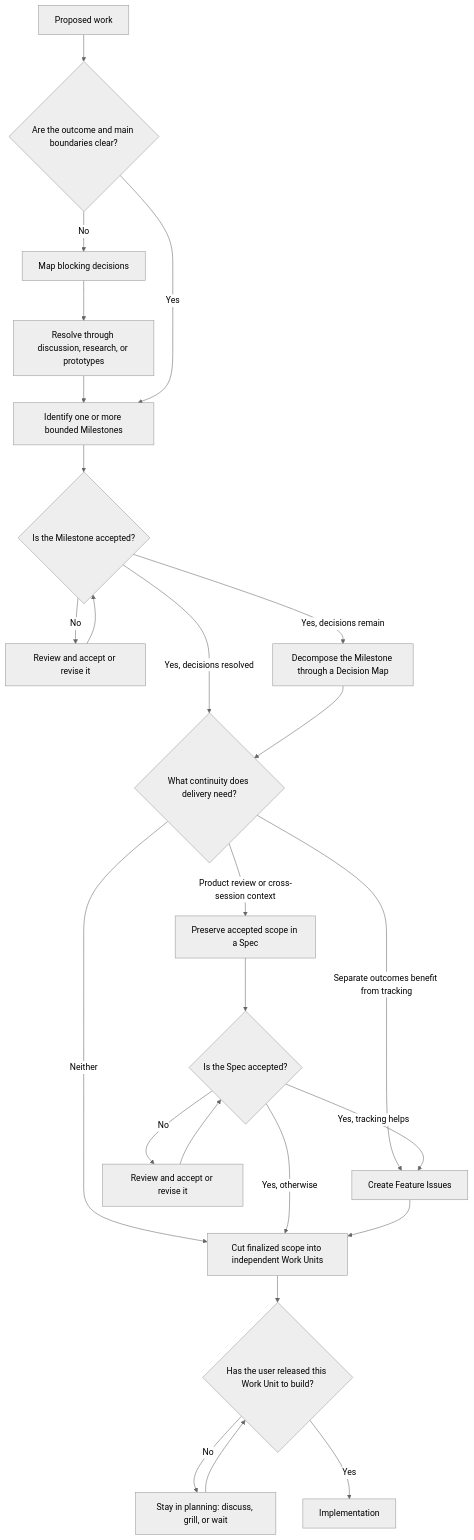
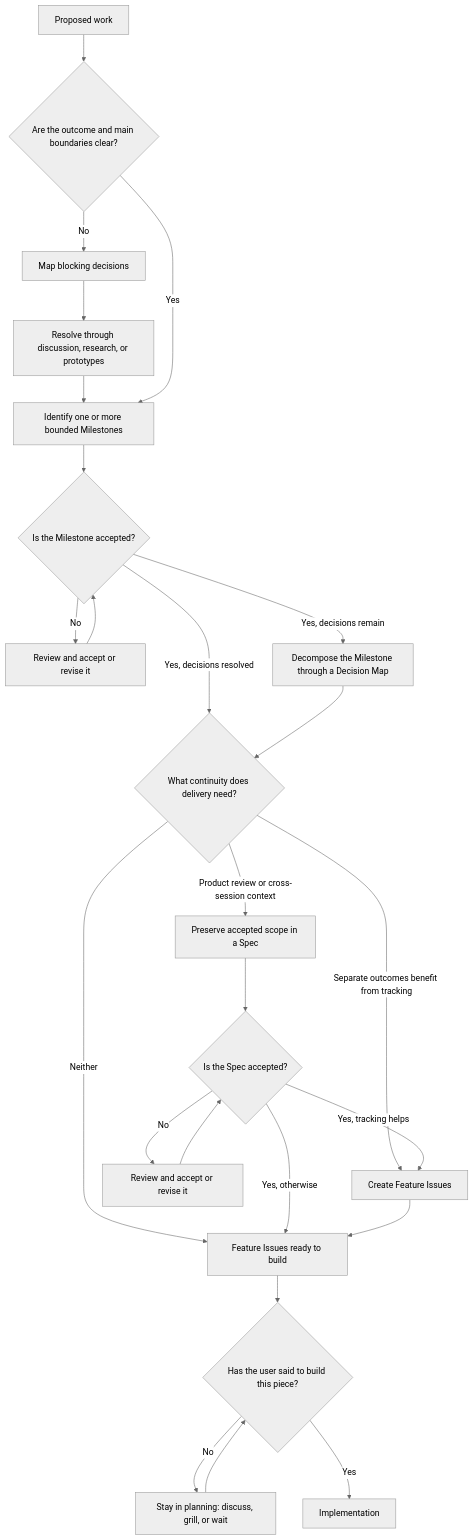
One commit to synorastudio/eng-playbook changed the diagram in workflows/feature-planning.md. Above: the diagram before and after it, drawn with Mermaid (neutral theme). The commit also changed other lines of this file and 14 other files, not shown here.

First line of the commit message:
refactor(playbook): retire the Work Unit and release vocabulary

````diff
--- a/workflows/feature-planning.md
+++ b/workflows/feature-planning.md
@@ -13,27 +13,27 @@
 ```mermaid
 flowchart TD
     proposed[Proposed work] --> clear{Are the outcome and main boundaries clear?}
     clear -->|No| decisions[Map blocking decisions]
     decisions --> resolve[Resolve through discussion, research, or prototypes]
     resolve --> milestones[Identify one or more bounded Milestones]
     clear -->|Yes| milestones
     milestones --> accepted{Is the Milestone accepted?}
     accepted -->|No| review[Review and accept or revise it]
     review --> accepted
     accepted -->|Yes, decisions resolved| needs{What continuity does delivery need?}
     accepted -->|Yes, decisions remain| decompose[Decompose the Milestone through a Decision Map]
     decompose --> needs
     needs -->|Product review or cross-session context| spec[Preserve accepted scope in a Spec]
     needs -->|Separate outcomes benefit from tracking| issues[Create Feature Issues]
-    needs -->|Neither| units
+    needs -->|Neither| ready
     spec --> specAccepted{Is the Spec accepted?}
     specAccepted -->|No| specReview[Review and accept or revise it]
     specReview --> specAccepted
     specAccepted -->|Yes, tracking helps| issues
-    specAccepted -->|Yes, otherwise| units
-    issues --> units[Cut finalized scope into independent Work Units]
-    units --> released{Has the user released this Work Unit to build?}
-    released -->|No| planning[Stay in planning: discuss, grill, or wait]
-    planning --> released
-    released -->|Yes| implementation[Implementation]
+    specAccepted -->|Yes, otherwise| ready
+    issues --> ready[Feature Issues ready to build]
+    ready --> gate{Has the user said to build this piece?}
+    gate -->|No| planning[Stay in planning: discuss, grill, or wait]
+    planning --> gate
+    gate -->|Yes| implementation[Implementation]
 ```
````
